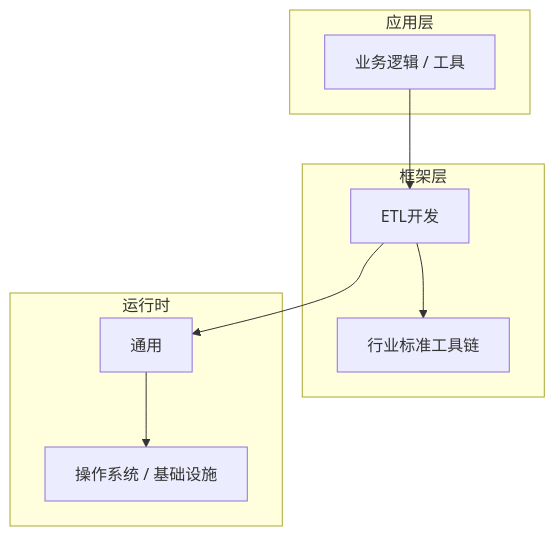
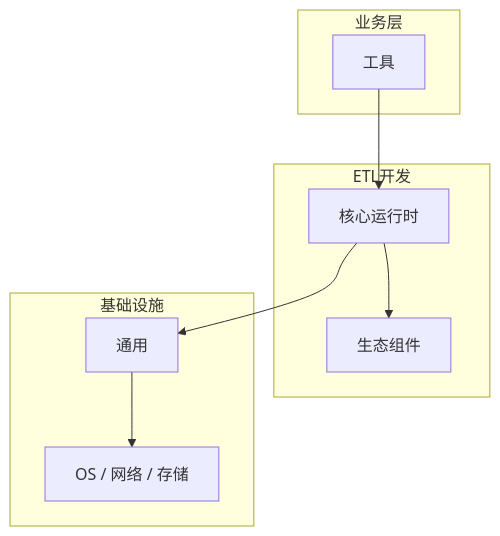
Before and after one commit to yanggan2015/knowledge-json-v2: the diagram in articles/ETL开发/chapters/051-工具核心概念与原理.md, drawn with Mermaid. The commit also changed other lines of this file and 10127 other files, not shown here.

````diff
--- a/articles/ETL开发/chapters/051-工具核心概念与原理.md
+++ b/articles/ETL开发/chapters/051-工具核心概念与原理.md
@@ -45,18 +34,18 @@
 ```mermaid
 graph TB
-    subgraph 应用层
-        A[业务逻辑 / 工具]
+    subgraph 业务层
+        A[工具]
     end
-    subgraph 框架层
-        B[ETL开发]
-        C[行业标准工具链]
+    subgraph ETL开发
+        B[核心运行时]
+        C[生态组件]
     end
-    subgraph 运行时
+    subgraph 基础设施
         D[通用]
-        E[操作系统 / 基础设施]
+        E[OS / 网络 / 存储]
     end
     A --> B
     B --> C
     B --> D
     D --> E
 ```
````
